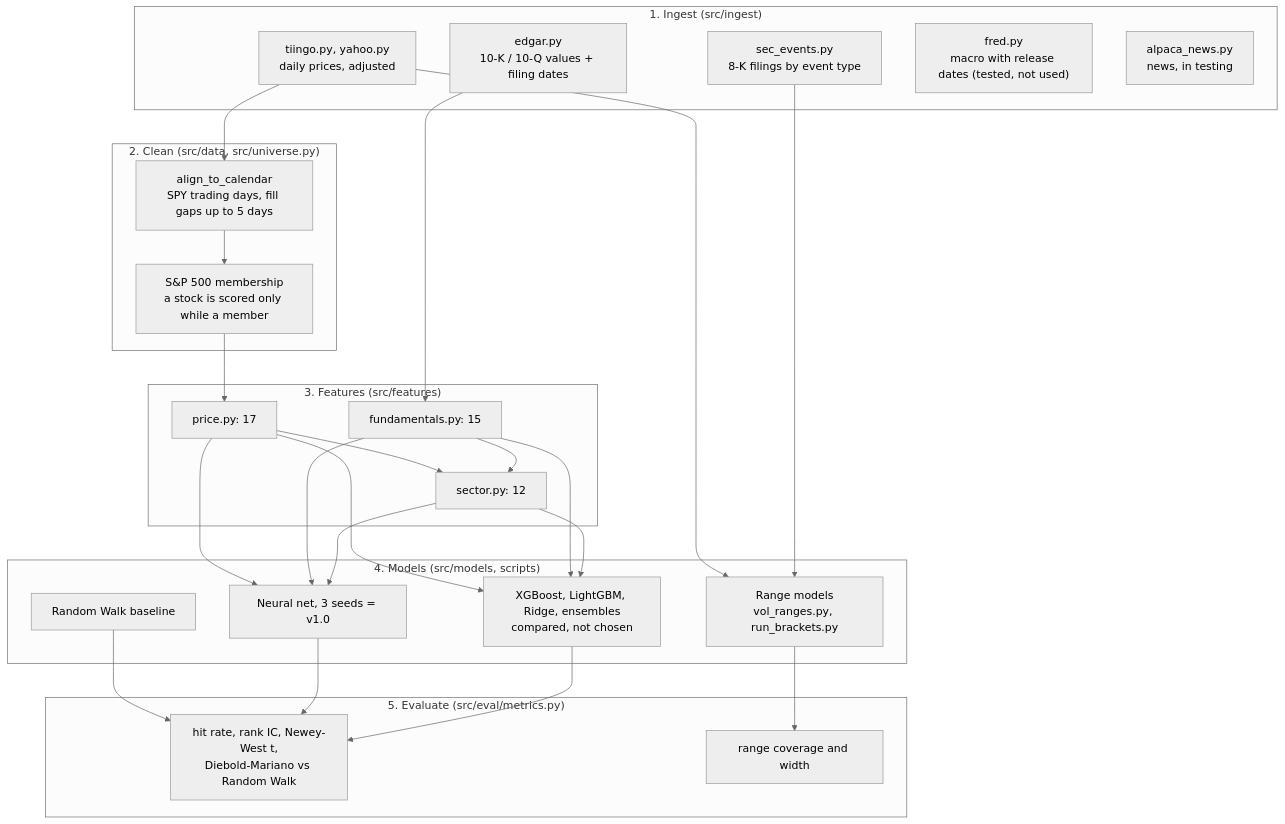
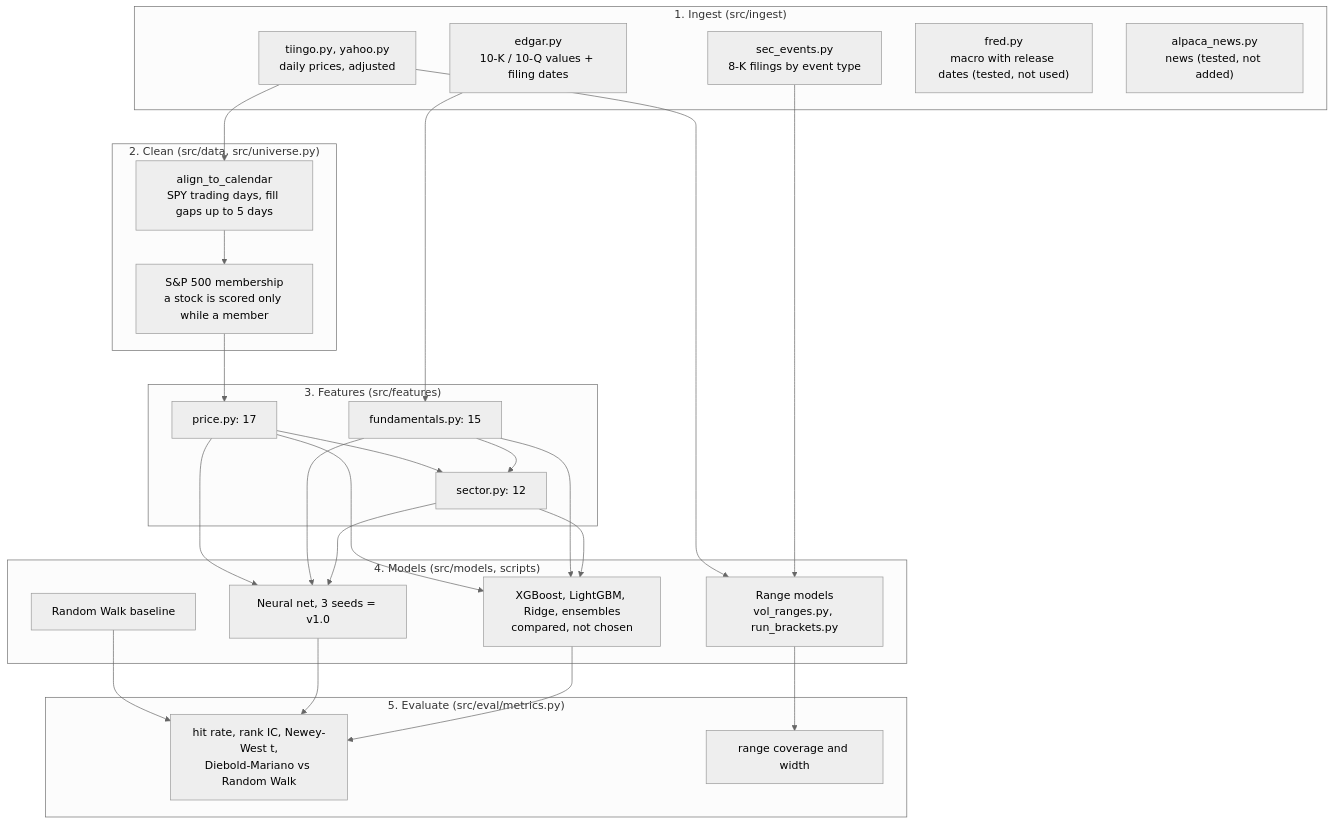
One commit to Naveed-CoLab/LatticeX changed the diagram in docs/architecture.md. Above: the diagram before and after it, drawn with Mermaid (neutral theme). The commit also changed other lines of this file and 17 other files, not shown here.

````diff
--- a/docs/architecture.md
+++ b/docs/architecture.md
@@ -21,45 +21,45 @@
 ```mermaid
 flowchart TD
     subgraph Ingest["1. Ingest  (src/ingest)"]
         T["tiingo.py, yahoo.py<br/>daily prices, adjusted"]
         E["edgar.py<br/>10-K / 10-Q values + filing dates"]
         V["sec_events.py<br/>8-K filings by event type"]
         F["fred.py<br/>macro with release dates (tested, not used)"]
-        N["alpaca_news.py<br/>news, in testing"]
+        N["alpaca_news.py<br/>news (tested, not added)"]
     end
     subgraph Clean["2. Clean  (src/data, src/universe.py)"]
         C["align_to_calendar<br/>SPY trading days, fill gaps up to 5 days"]
         U["S&P 500 membership<br/>a stock is scored only while a member"]
     end
     subgraph Feat["3. Features  (src/features)"]
         P["price.py: 17"]
         FU["fundamentals.py: 15"]
         S["sector.py: 12"]
     end
     subgraph Model["4. Models  (src/models, scripts)"]
         RW["Random Walk baseline"]
         M["Neural net, 3 seeds = v1.0"]
         X["XGBoost, LightGBM, Ridge, ensembles<br/>compared, not chosen"]
         R["Range models<br/>vol_ranges.py, run_brackets.py"]
     end
     subgraph Eval["5. Evaluate  (src/eval/metrics.py)"]
         EV["hit rate, rank IC, Newey-West t,<br/>Diebold-Mariano vs Random Walk"]
         BR["range coverage and width"]
     end
     T --> C --> U --> P
     E --> FU
     P --> S
     FU --> S
     P --> M
     FU --> M
     S --> M
     P --> X
     FU --> X
     S --> X
     RW --> EV
     M --> EV
     X --> EV
     T --> R
     V --> R
     R --> BR
 ```
````
